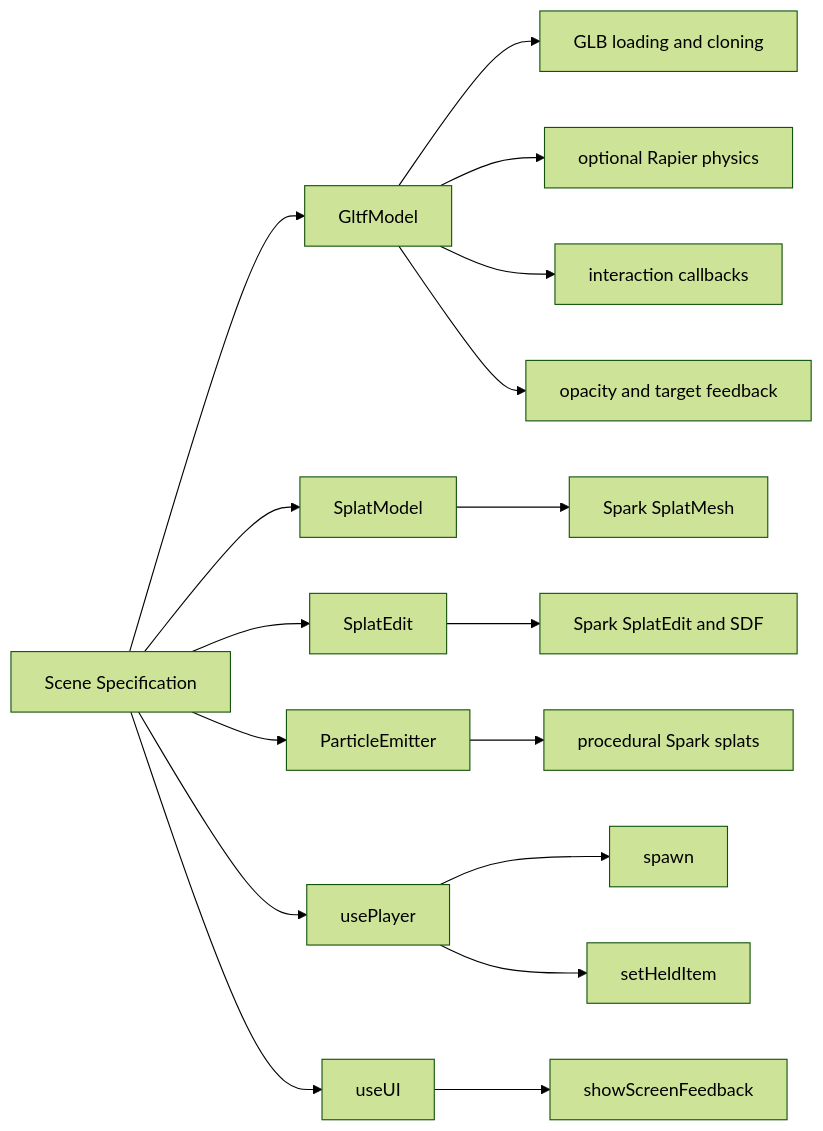
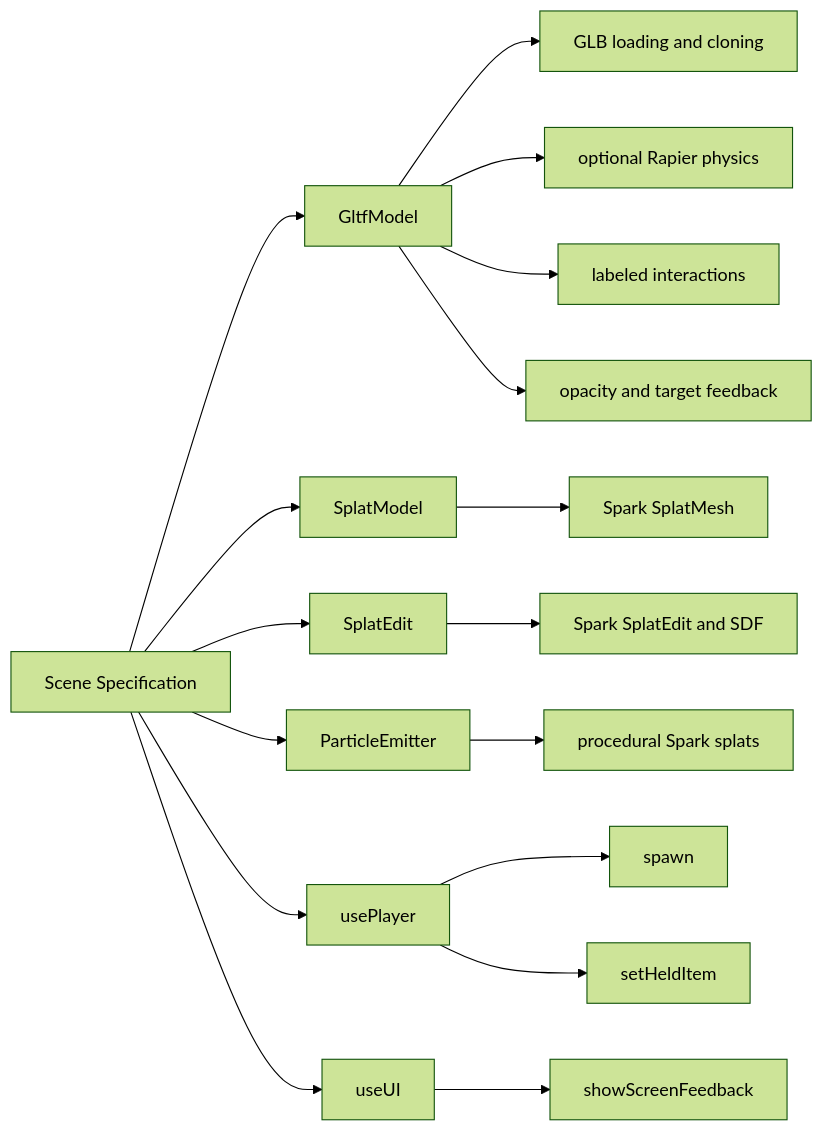
Before and after one commit to raolir/omnipraxis: the second of 7 diagrams in docs/architecture.md, drawn with Mermaid (forest theme). The commit also changed other lines of this file and 14 other files, not shown here.

````diff
--- a/docs/architecture.md
+++ b/docs/architecture.md
@@ -33,25 +33,25 @@
 ```mermaid
 flowchart LR
   Scene[Scene Specification]
 
   Scene --> GltfModel[GltfModel]
   Scene --> SplatModel[SplatModel]
   Scene --> SplatEdit[SplatEdit]
   Scene --> ParticleEmitter[ParticleEmitter]
   Scene --> PlayerAPI[usePlayer]
   Scene --> UIAPI[useUI]
 
   PlayerAPI --> Spawn[spawn]
   PlayerAPI --> HeldItem[setHeldItem]
 
   UIAPI --> Feedback[showScreenFeedback]
 
   GltfModel --> GLBLoading[GLB loading and cloning]
   GltfModel --> OptionalPhysics[optional Rapier physics]
-  GltfModel --> Interaction[interaction callbacks]
+  GltfModel --> Interaction[labeled interactions]
   GltfModel --> MaterialFeedback[opacity and target feedback]
 
   SplatModel --> SparkSplat[Spark SplatMesh]
   SplatEdit --> SparkEdit[Spark SplatEdit and SDF]
   ParticleEmitter --> ProceduralSplats[procedural Spark splats]
 ```
````
